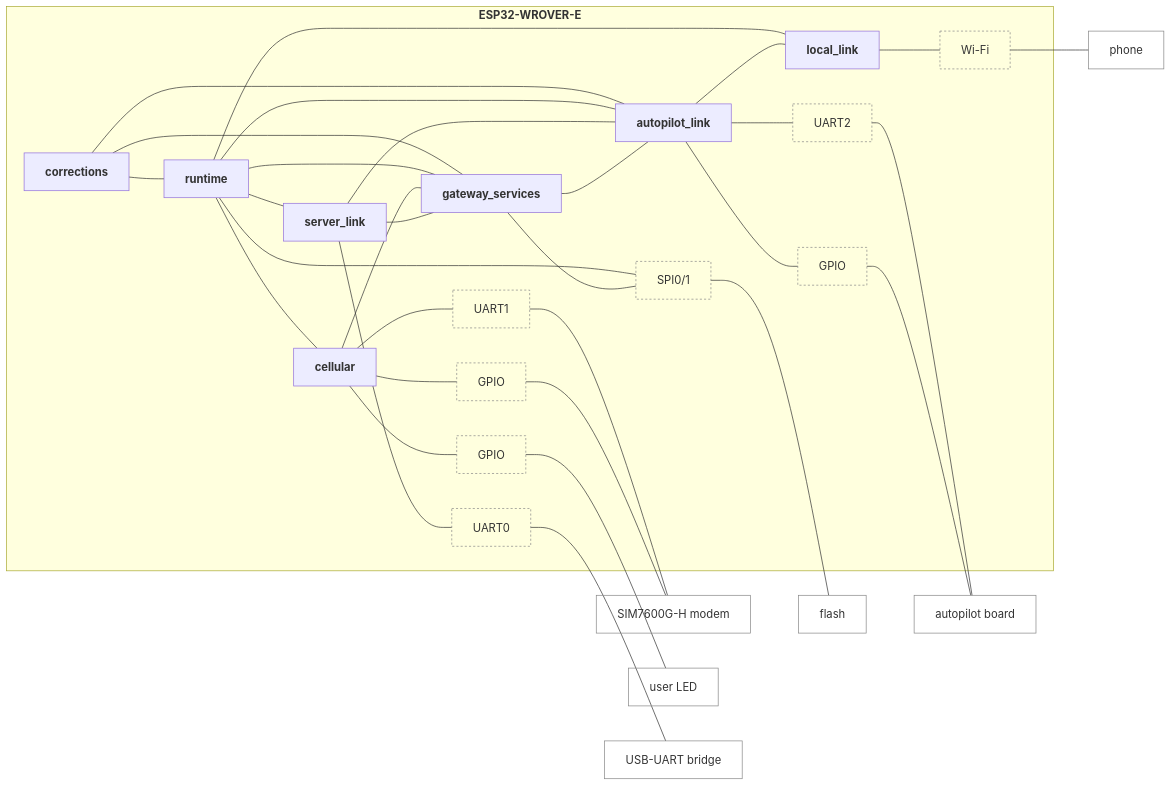
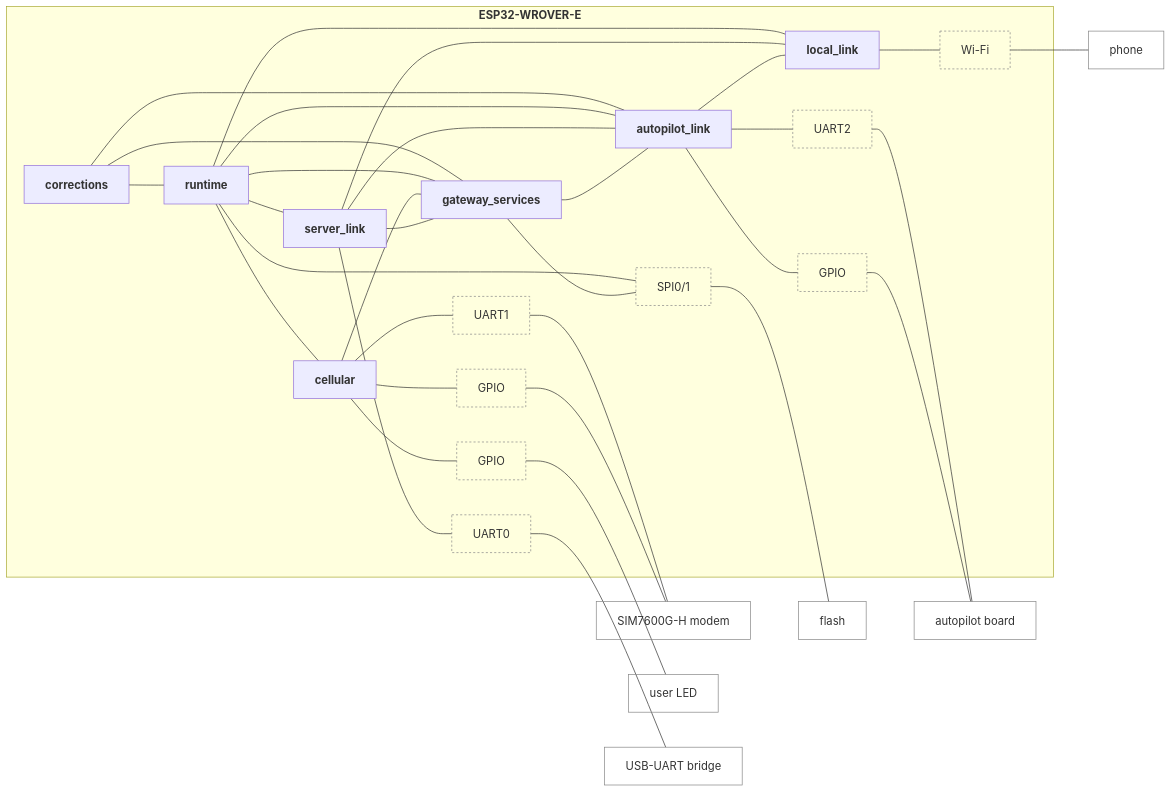
Before and after one commit to rmx-lt/rmx-mower-gateway: the fourth of 6 diagrams in .esp-architecture/diagrams/diagrams.md, drawn with Mermaid. The commit also changed other lines of this file and 4 other files, not shown here.

````diff
--- a/.esp-architecture/diagrams/diagrams.md
+++ b/.esp-architecture/diagrams/diagrams.md
@@ -90,63 +93,64 @@
 ```mermaid
 flowchart LR
   subgraph cpu_box["<b>ESP32-WROVER-E</b>"]
     n_runtime["<b>runtime</b>"]
     n_cellular["<b>cellular</b>"]
     n_server_link["<b>server_link</b>"]
     n_gateway_services["<b>gateway_services</b>"]
     n_autopilot_link["<b>autopilot_link</b>"]
     n_corrections["<b>corrections</b>"]
     n_local_link["<b>local_link</b>"]
     n_uart_modem["UART1"]
     n_gpio_modem["GPIO"]
     n_gpio_led["GPIO"]
     n_uart_board["UART2"]
     n_gpio_reset["GPIO"]
     n_uart_console["UART0"]
     n_wifi["Wi-Fi"]
     n_spi_flash["SPI0/1"]
   end
   n_sim7600["SIM7600G-H modem"]
   n_user_led["user LED"]
   n_autopilot_board["autopilot board"]
   n_usb_bridge["USB-UART bridge"]
   n_phone_handset["phone"]
   n_flash["flash"]
   n_runtime --- n_spi_flash
   n_cellular --- n_uart_modem
   n_cellular --- n_gpio_modem
   n_cellular --- n_gpio_led
   n_server_link --- n_uart_console
   n_gateway_services --- n_spi_flash
   n_autopilot_link --- n_uart_board
   n_autopilot_link --- n_gpio_reset
   n_local_link --- n_wifi
   n_uart_modem --- n_sim7600
   n_gpio_modem --- n_sim7600
   n_gpio_led --- n_user_led
   n_uart_board --- n_autopilot_board
   n_gpio_reset --- n_autopilot_board
   n_uart_console --- n_usb_bridge
   n_wifi --- n_phone_handset
   n_spi_flash --- n_flash
   n_corrections --- n_runtime
   n_corrections --- n_gateway_services
   n_corrections --- n_autopilot_link
   n_runtime --- n_cellular
   n_runtime --- n_server_link
   n_runtime --- n_gateway_services
   n_runtime --- n_autopilot_link
   n_runtime --- n_local_link
   n_cellular --- n_gateway_services
   n_server_link --- n_gateway_services
   n_server_link --- n_autopilot_link
+  n_server_link --- n_local_link
   n_gateway_services --- n_autopilot_link
   n_autopilot_link --- n_local_link
   n_corrections ~~~ n_cellular
   n_corrections ~~~ n_server_link
   n_corrections ~~~ n_local_link
   classDef bus fill:none,stroke:#888,stroke-dasharray:3 3
   class n_uart_modem,n_gpio_modem,n_gpio_led,n_uart_board,n_gpio_reset,n_uart_console,n_wifi,n_spi_flash bus
   classDef device fill:none,stroke:#888
   class n_sim7600,n_user_led,n_autopilot_board,n_usb_bridge,n_phone_handset,n_flash device
 ```
````
